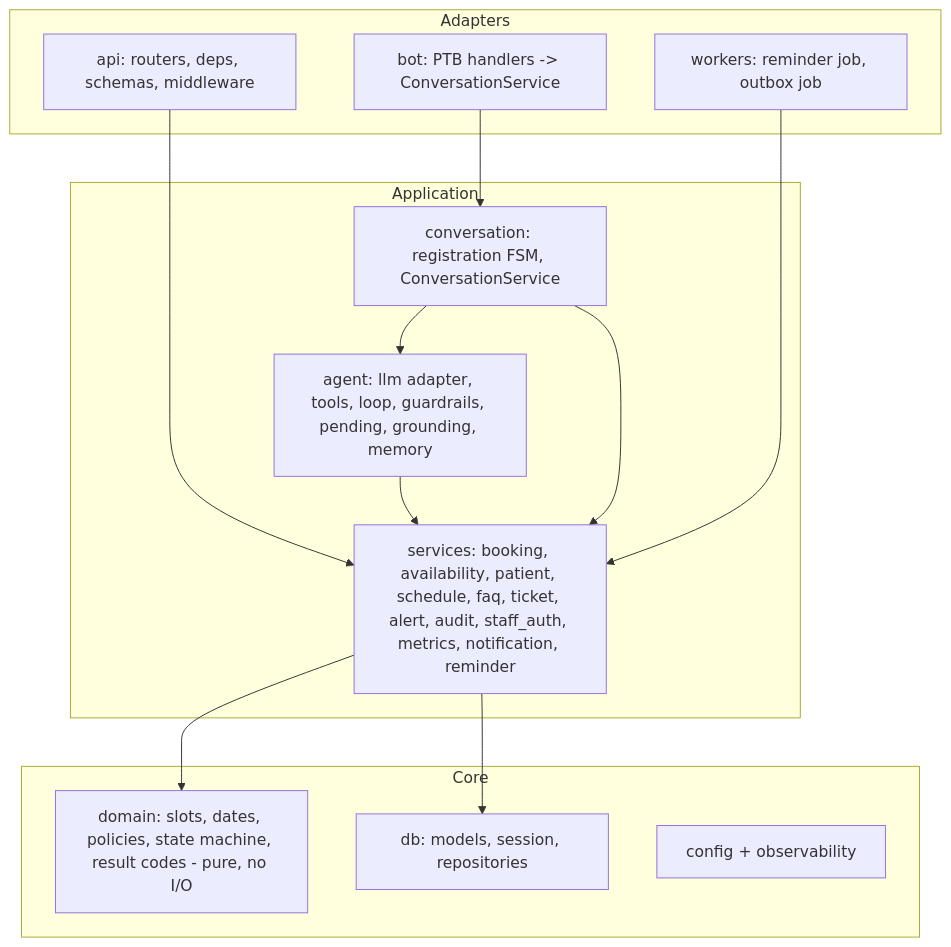
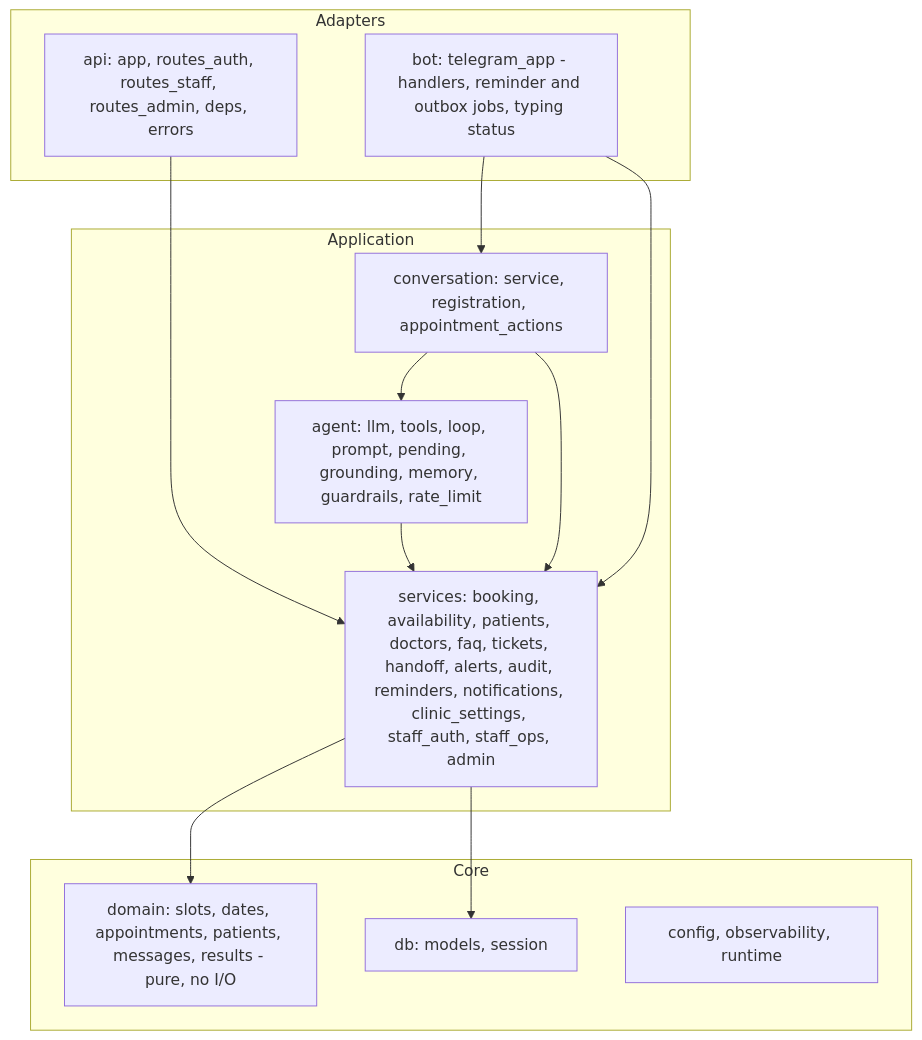
Before and after one commit to armankhan1999/Clinic_Appointment_System_AI: the second of 3 diagrams in docs/architecture/system-architecture.md, drawn with Mermaid. The commit also changed other lines of this file and 4 other files, not shown here.

First line of the commit message:
docs(architecture): describe the system as built

````diff
--- a/docs/architecture/system-architecture.md
+++ b/docs/architecture/system-architecture.md
@@ -34,24 +36,23 @@
 ```mermaid
 flowchart TB
     subgraph adapters [Adapters]
-        api[api: routers, deps, schemas, middleware]
-        bot[bot: PTB handlers -> ConversationService]
-        workers[workers: reminder job, outbox job]
+        api[api: app, routes_auth, routes_staff, routes_admin, deps, errors]
+        bot[bot: telegram_app - handlers, reminder and outbox jobs, typing status]
     end
     subgraph app [Application]
-        conv[conversation: registration FSM, ConversationService]
-        agent[agent: llm adapter, tools, loop, guardrails, pending, grounding, memory]
-        services[services: booking, availability, patient, schedule, faq, ticket, alert, audit, staff_auth, metrics, notification, reminder]
+        conv[conversation: service, registration, appointment_actions]
+        agent[agent: llm, tools, loop, prompt, pending, grounding, memory, guardrails, rate_limit]
+        services[services: booking, availability, patients, doctors, faq, tickets, handoff, alerts, audit, reminders, notifications, clinic_settings, staff_auth, staff_ops, admin]
     end
     subgraph core [Core]
-        domain[domain: slots, dates, policies, state machine, result codes - pure, no I/O]
-        db[db: models, session, repositories]
-        cfg[config + observability]
+        domain[domain: slots, dates, appointments, patients, messages, results - pure, no I/O]
+        db[db: models, session]
+        cfg[config, observability, runtime]
     end
     api --> services
     bot --> conv --> agent --> services
     conv --> services
-    workers --> services
+    bot --> services
     services --> domain
     services --> db
 ```
````
